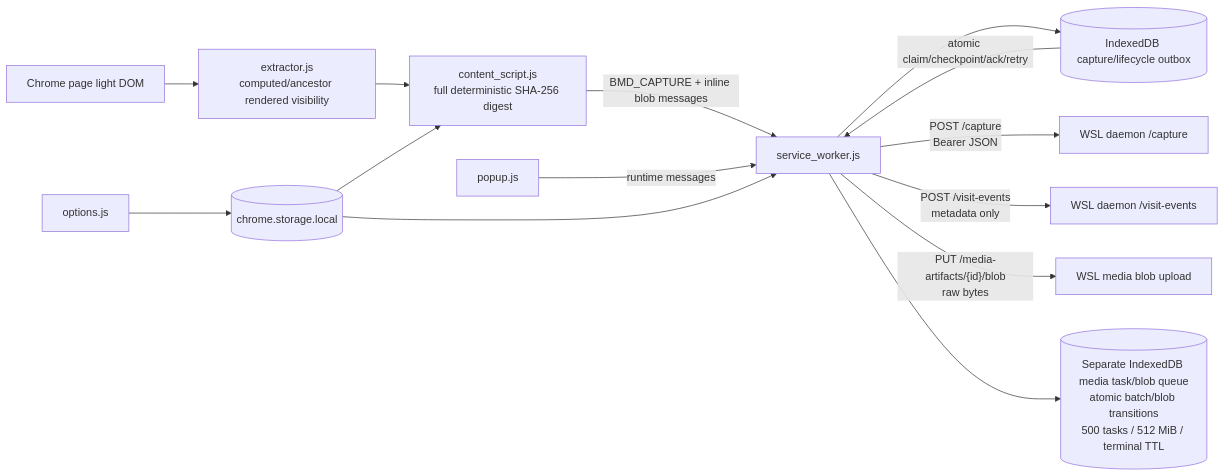
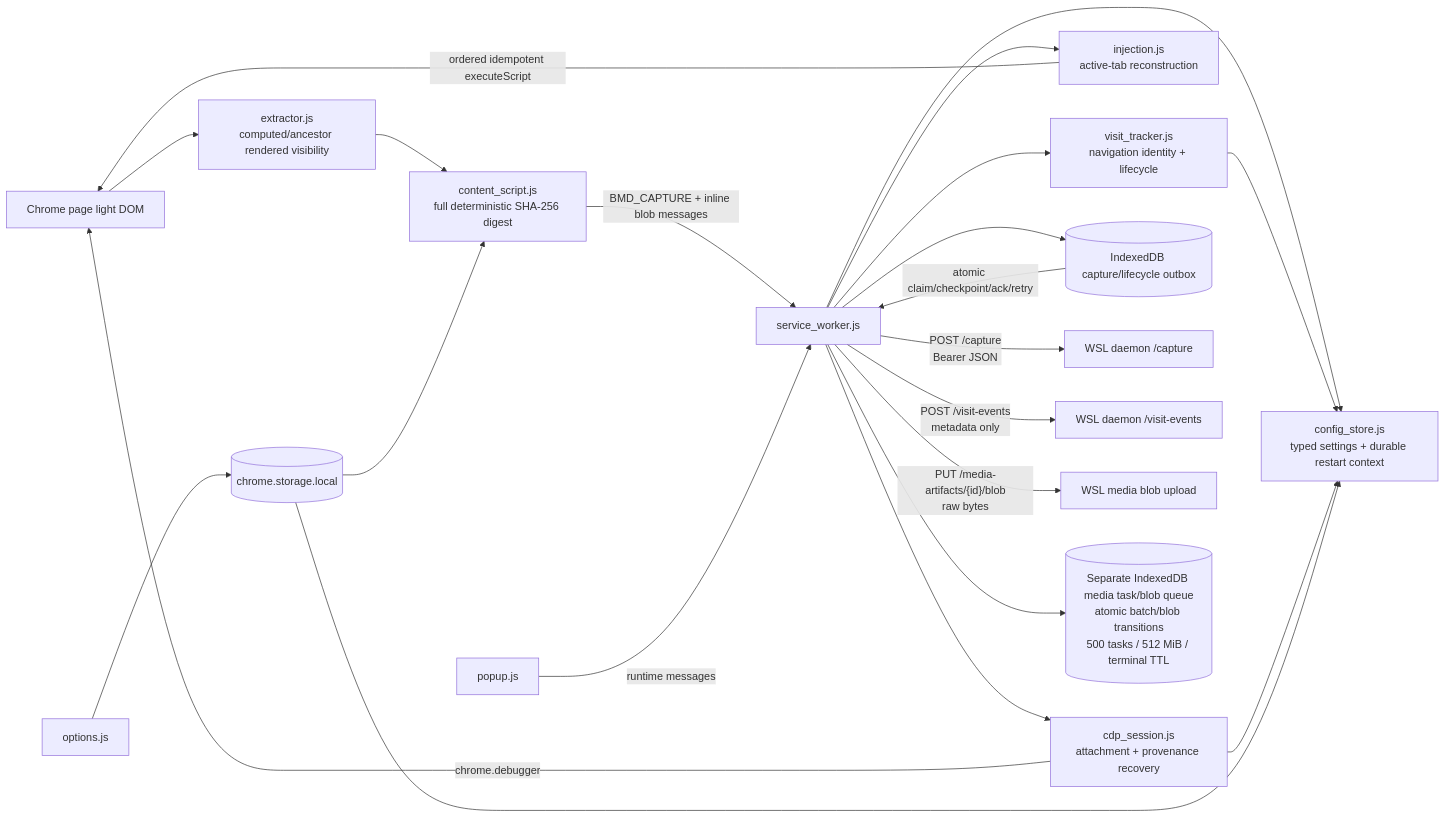
Before and after one commit to michaelnicks0/browser-memory-daemon: the first of 8 diagrams in docs/DIAGRAMS.md, drawn with Mermaid. The commit also changed 193 other files, not shown here.

````diff
--- a/docs/DIAGRAMS.md
+++ b/docs/DIAGRAMS.md
@@ -28,16 +28,24 @@
 ```mermaid
 flowchart LR
   Page["Chrome page light DOM"] --> Extractor["extractor.js<br/>computed/ancestor rendered visibility"]
   Extractor --> Content["content_script.js<br/>full deterministic SHA-256 digest"]
   Content -->|"BMD_CAPTURE + inline blob messages"| ServiceWorker["service_worker.js"]
+  ServiceWorker --> Config["config_store.js<br/>typed settings + durable restart context"]
+  ServiceWorker --> Visit["visit_tracker.js<br/>navigation identity + lifecycle"]
+  ServiceWorker --> Injection["injection.js<br/>active-tab reconstruction"]
+  ServiceWorker --> CDPSession["cdp_session.js<br/>attachment + provenance recovery"]
+  Injection -->|"ordered idempotent executeScript"| Page
+  Visit --> Config
+  CDPSession --> Config
+  CDPSession -->|"chrome.debugger"| Page
   ServiceWorker --> Outbox[("IndexedDB capture/lifecycle outbox")]
   Outbox -->|"atomic claim/checkpoint/ack/retry"| ServiceWorker
   ServiceWorker -->|"POST /capture<br/>Bearer JSON"| DaemonCapture["WSL daemon /capture"]
   ServiceWorker -->|"POST /visit-events<br/>metadata only"| DaemonVisit["WSL daemon /visit-events"]
   ServiceWorker -->|"PUT /media-artifacts/{id}/blob<br/>raw bytes"| DaemonMedia["WSL media blob upload"]
   ServiceWorker --> MediaIDB[("Separate IndexedDB media task/blob queue<br/>atomic batch/blob transitions<br/>500 tasks / 512 MiB / terminal TTL")]
   Popup["popup.js"] -->|"runtime messages"| ServiceWorker
   Options["options.js"] --> Storage[("chrome.storage.local")]
   Storage --> Content
-  Storage --> ServiceWorker
+  Storage --> Config
 ```
````
